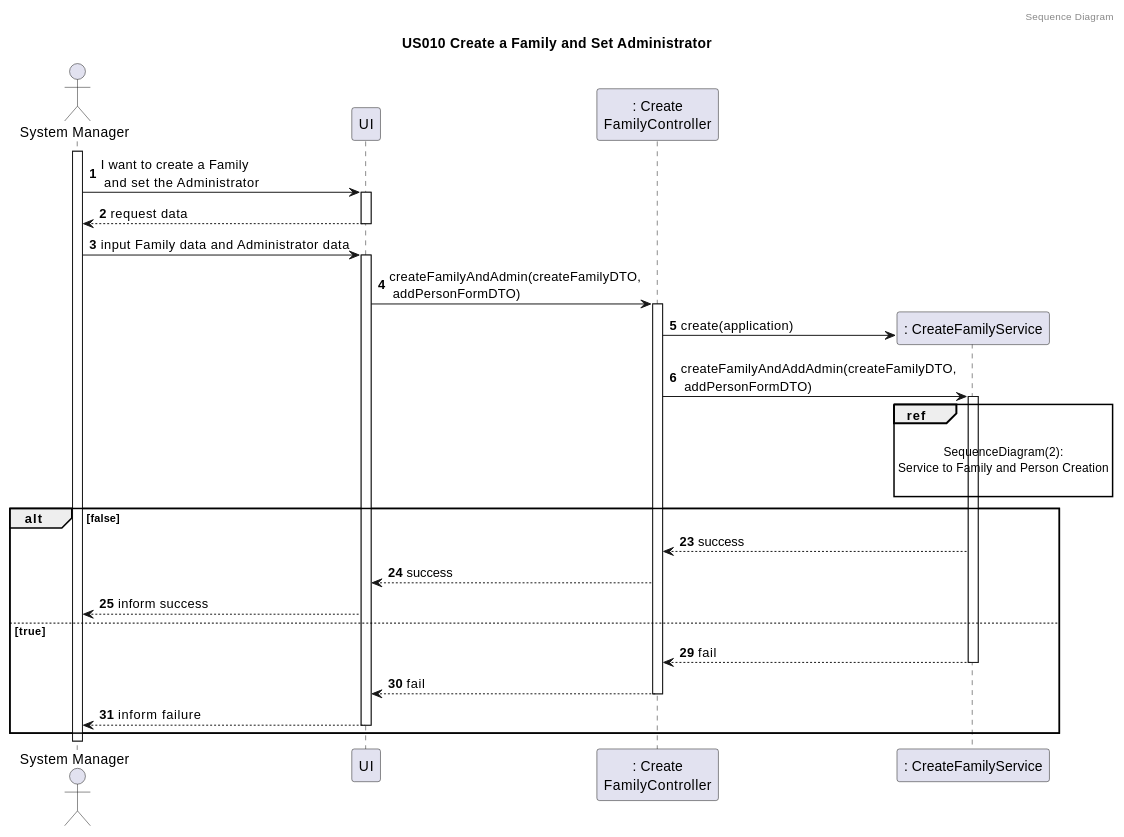
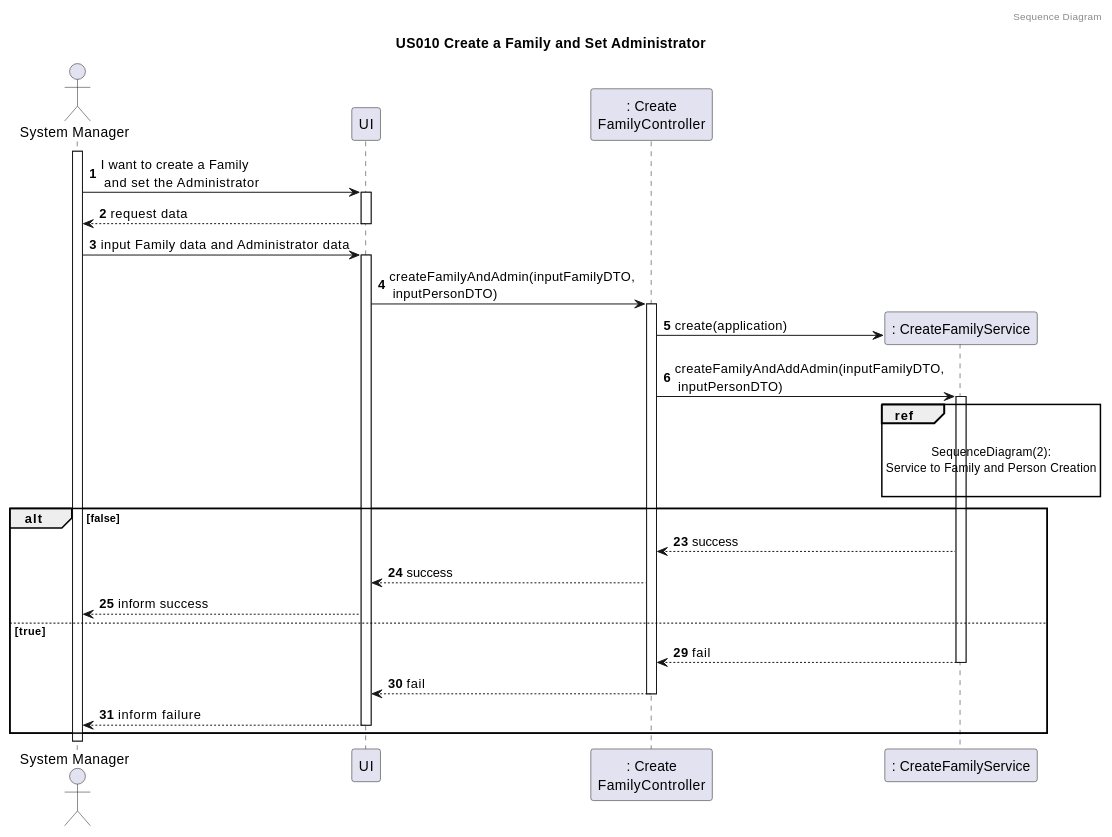
Before and after one commit to tomas-osswald/switch_2020_g3: the third of 5 diagrams in docs/sprint3/user_stories/US010_CreateAFamilyAndSetAdministrator.md, drawn with PlantUML. The commit also changed other lines of this file and 23 other files, not shown here.

`````diff
--- a/docs/sprint3/user_stories/US010_CreateAFamilyAndSetAdministrator.md
+++ b/docs/sprint3/user_stories/US010_CreateAFamilyAndSetAdministrator.md
@@ -121,52 +121,52 @@
 ````puml
 @startuml
 
 autonumber
 header Sequence Diagram
 title US010 Create a Family and Set Administrator
 
 actor "System Manager" as systemManager
 participant "UI" as UI
 participant ": Create\nFamilyController" as controller
 participant ": CreateFamilyService" as FamAdminService
 activate systemManager
 systemManager -> UI: I want to create a Family \n and set the Administrator
 activate UI
 return request data
 systemManager -> UI : input Family data and Administrator data
 activate UI
-UI -> controller : createFamilyAndAdmin(createFamilyDTO,\n addPersonFormDTO)
+UI -> controller : createFamilyAndAdmin(inputFamilyDTO,\n inputPersonDTO)
 activate controller
 controller -> FamAdminService** : create(application)
-controller -> FamAdminService : createFamilyAndAddAdmin(createFamilyDTO,\n addPersonFormDTO)
+controller -> FamAdminService : createFamilyAndAddAdmin(inputFamilyDTO,\n inputPersonDTO)
 activate FamAdminService
 
 ref over FamAdminService
 
 SequenceDiagram(2):
 Service to Family and Person Creation
 
 end
 
 alt #transparent false
 autonumber 23
 
 FamAdminService --> controller : success
 controller --> UI : success
 UI --> systemManager : inform success
 
 else true
 autonumber 29
 
 FamAdminService --> controller : fail
 deactivate FamAdminService
 
 controller --> UI : fail
 deactivate controller
 UI --> systemManager : inform failure
 deactivate UI
 
 
 end
 @enduml
 ````
`````
